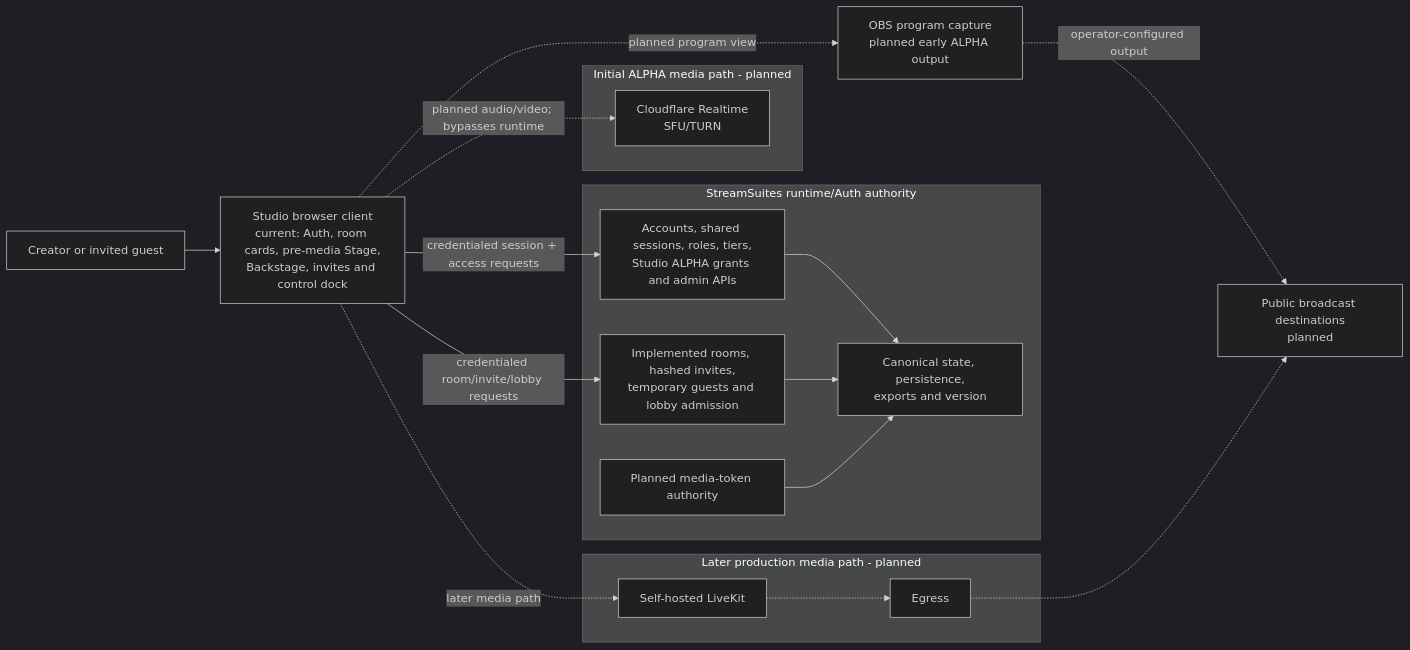
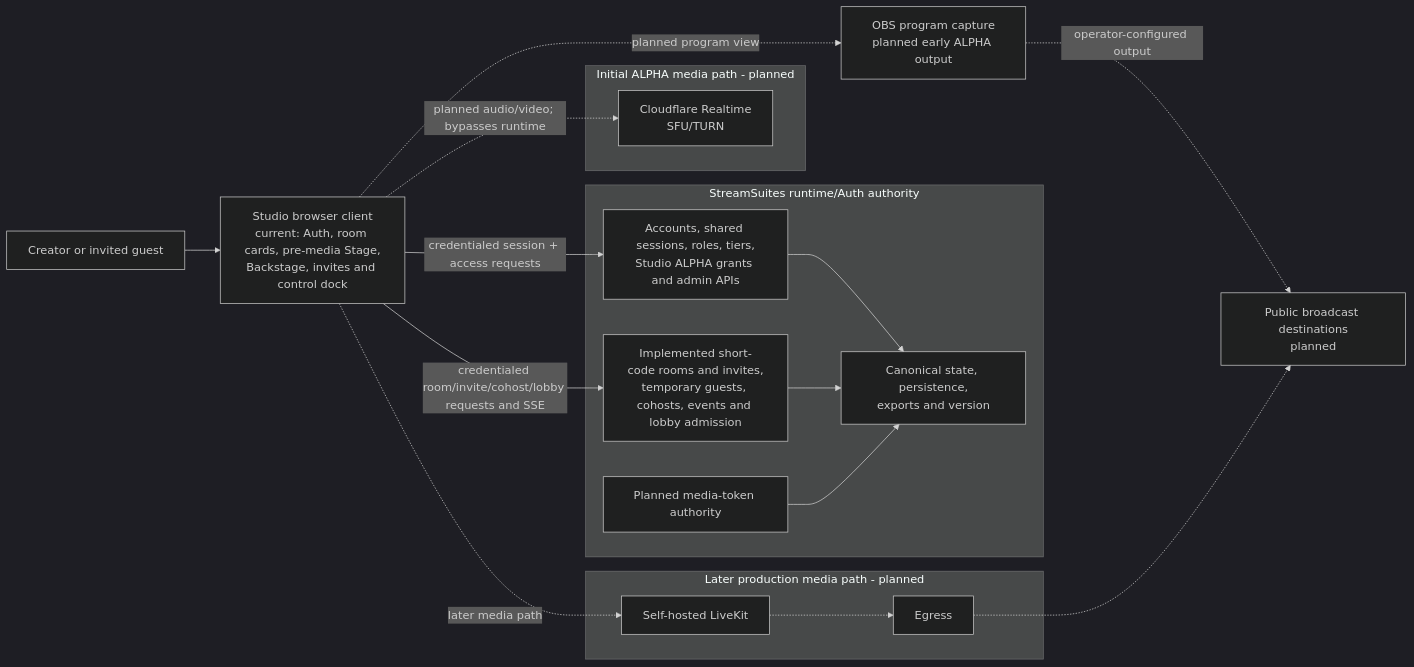
One commit to BSMediaGroup/StreamSuites-Studio changed the diagram in docs/system-architecture.md. Above: the diagram before and after it, drawn with Mermaid (dark theme). The commit also changed other lines of this file and 10 other files, not shown here.

First line of the commit message:
Add real-time Backstage, cohosts, and advanced invites

````diff
--- a/docs/system-architecture.md
+++ b/docs/system-architecture.md
@@ -9,39 +9,39 @@
 ```mermaid
 flowchart LR
     User["Creator or invited guest"]
     Studio["Studio browser client<br/>current: Auth, room cards, pre-media Stage,<br/>Backstage, invites and control dock"]
 
     subgraph Runtime["StreamSuites runtime/Auth authority"]
         Auth["Accounts, shared sessions, roles, tiers,<br/>Studio ALPHA grants and admin APIs"]
-        Rooms["Implemented rooms, hashed invites,<br/>temporary guests and lobby admission"]
+        Rooms["Implemented short-code rooms and invites,<br/>temporary guests, cohosts, events and lobby admission"]
         MediaTokens["Planned media-token authority"]
         State["Canonical state, persistence,<br/>exports and version"]
     end
 
     subgraph InitialMedia["Initial ALPHA media path - planned"]
         Realtime["Cloudflare Realtime<br/>SFU/TURN"]
     end
 
     subgraph ProductionMedia["Later production media path - planned"]
         LiveKit["Self-hosted LiveKit"]
         Egress["Egress"]
     end
 
     OBS["OBS program capture<br/>planned early ALPHA output"]
     Destinations["Public broadcast destinations<br/>planned"]
 
     User --> Studio
     Studio -->|"credentialed session + access requests"| Auth
-    Studio -->|"credentialed room/invite/lobby requests"| Rooms
+    Studio -->|"credentialed room/invite/cohost/lobby requests and SSE"| Rooms
     Auth --> State
     Rooms --> State
     MediaTokens --> State
 
     Studio -. "planned audio/video; bypasses runtime" .-> Realtime
     Studio -. "planned program view" .-> OBS
     OBS -. "operator-configured output" .-> Destinations
 
     Studio -. "later media path" .-> LiveKit
     LiveKit -.-> Egress
     Egress -.-> Destinations
 ```
````
